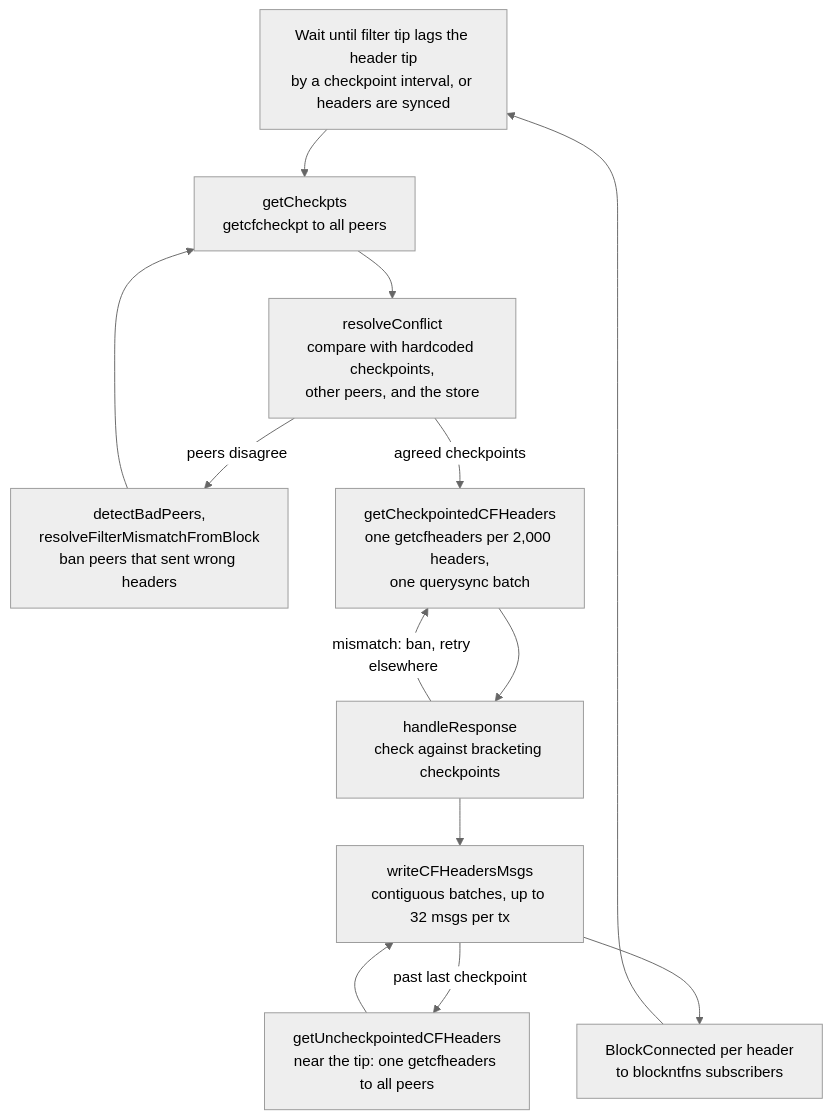
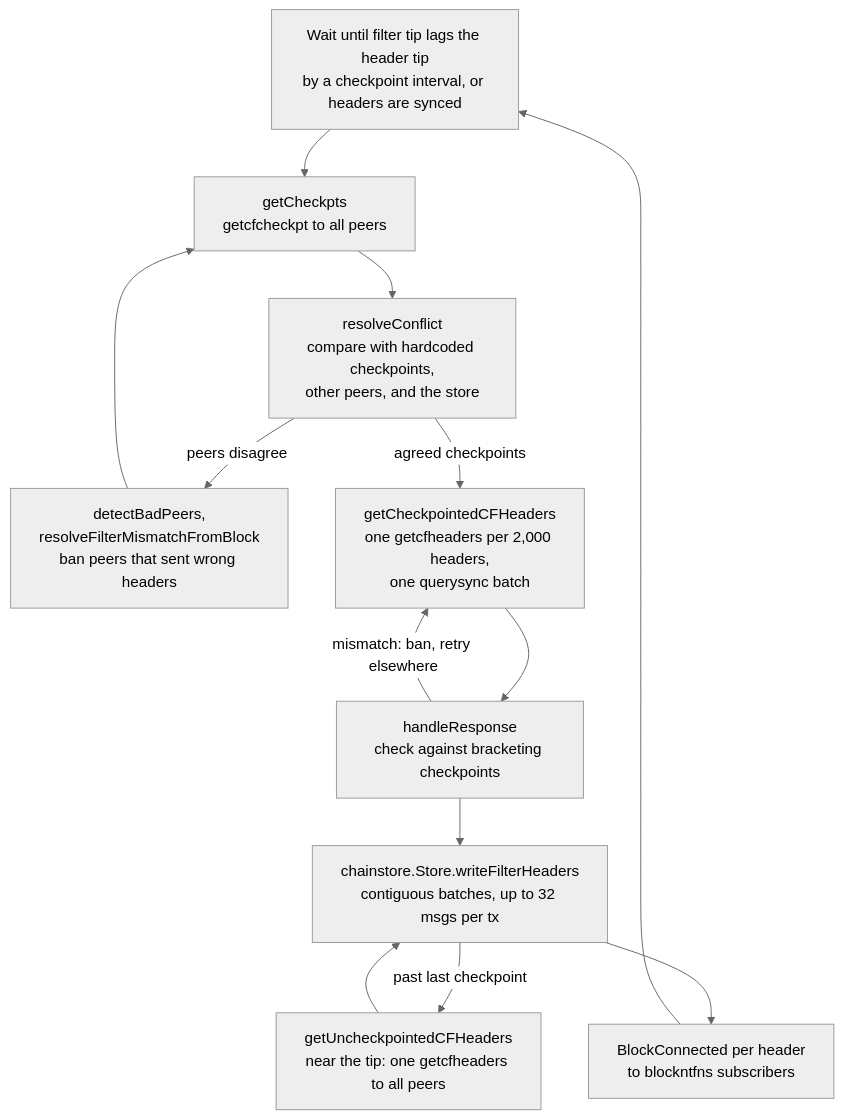
Before and after one commit to lightninglabs/neutrino: the seventh of 9 diagrams in docs/sync-architecture.md, drawn with Mermaid (neutral theme). The commit also changed other lines of this file and 8 other files, not shown here.

````diff
--- a/docs/sync-architecture.md
+++ b/docs/sync-architecture.md
@@ -388,20 +389,20 @@
 ```mermaid
 flowchart TB
     wait["Wait until filter tip lags the header tip<br/>by a checkpoint interval, or headers are synced"]
     cp["getCheckpts<br/>getcfcheckpt to all peers"]
     resolve["resolveConflict<br/>compare with hardcoded checkpoints,<br/>other peers, and the store"]
     bad["detectBadPeers,<br/>resolveFilterMismatchFromBlock<br/>ban peers that sent wrong headers"]
     batch["getCheckpointedCFHeaders<br/>one getcfheaders per 2,000 headers,<br/>one querysync batch"]
     check["handleResponse<br/>check against bracketing checkpoints"]
-    write["writeCFHeadersMsgs<br/>contiguous batches, up to 32 msgs per tx"]
+    write["chainstore.Store.writeFilterHeaders<br/>contiguous batches, up to 32 msgs per tx"]
     tip["getUncheckpointedCFHeaders<br/>near the tip: one getcfheaders to all peers"]
     ntfn["BlockConnected per header<br/>to blockntfns subscribers"]
 
     wait --> cp --> resolve
     resolve -- "peers disagree" --> bad --> cp
     resolve -- "agreed checkpoints" --> batch --> check
     check -- "mismatch: ban, retry elsewhere" --> batch
     check --> write --> ntfn
     write -- "past last checkpoint" --> tip --> write
     ntfn --> wait
 ```
````
